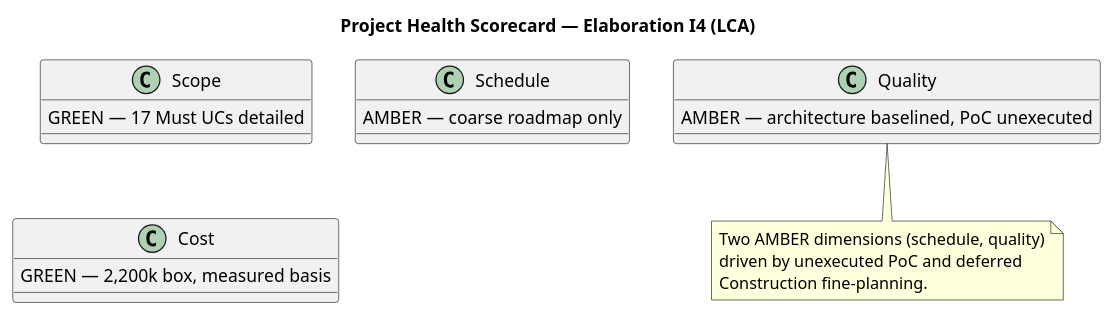
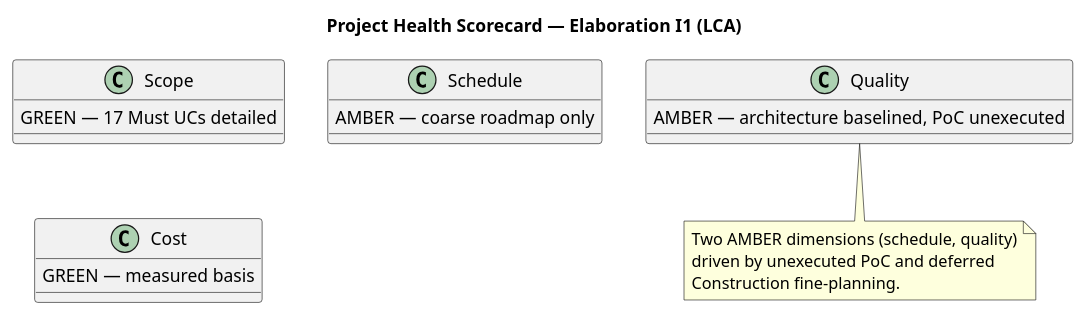
The third of 3 diagrams in docs/artifacts/project-management/review-record.md (banense-test/trademe), drawn with PlantUML before and after one commit. The commit also changed other lines of this file, not shown here.

````diff
--- a/docs/artifacts/project-management/review-record.md
+++ b/docs/artifacts/project-management/review-record.md
@@ -95,18 +118,18 @@
 ```plantuml
 @startuml
-title Project Health Scorecard — Elaboration I4 (LCA)
+title Project Health Scorecard — Elaboration I1 (LCA)
 class "Scope" as S
 class "Schedule" as SCH
 class "Cost" as C
 class "Quality" as Q
 S : GREEN — 17 Must UCs detailed
 SCH : AMBER — coarse roadmap only
-C : GREEN — 2,200k box, measured basis
+C : GREEN — measured basis
 Q : AMBER — architecture baselined, PoC unexecuted
 note bottom
   Two AMBER dimensions (schedule, quality)
   driven by unexecuted PoC and deferred
   Construction fine-planning.
 end note
 @enduml
 ```
````
